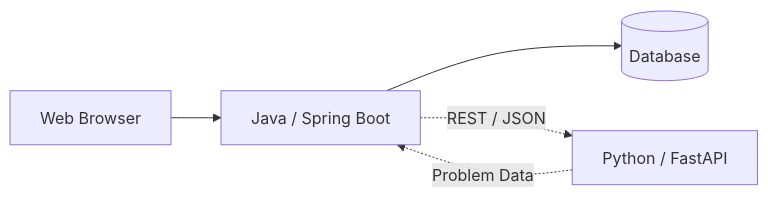
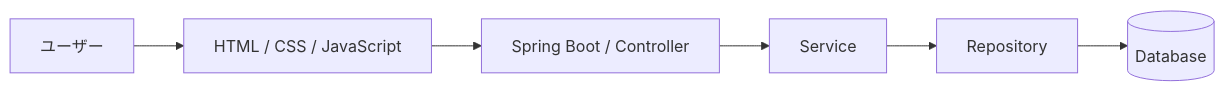
The fourth of 9 diagrams in README.md (suu-dev-0203/graduation_JAVAgame), drawn with Mermaid before and after one commit. The commit also changed other lines of this file, not shown here.

````diff
--- a/README.md
+++ b/README.md
@@ -1504,12 +680,8 @@
 ```mermaid
 flowchart LR
-    Browser[Web Browser]
-    Java[Java / Spring Boot]
-    Python[Python / FastAPI]
-    DB[(Database)]
-
-    Browser --> Java
-    Java --> DB
-    Java -. REST / JSON .-> Python
-    Python -. Problem Data .-> Java
+    U[ユーザー] --> F[HTML / CSS / JavaScript]
+    F --> C[Spring Boot / Controller]
+    C --> S[Service]
+    S --> R[Repository]
+    R --> DB[(Database)]
 ```
````
